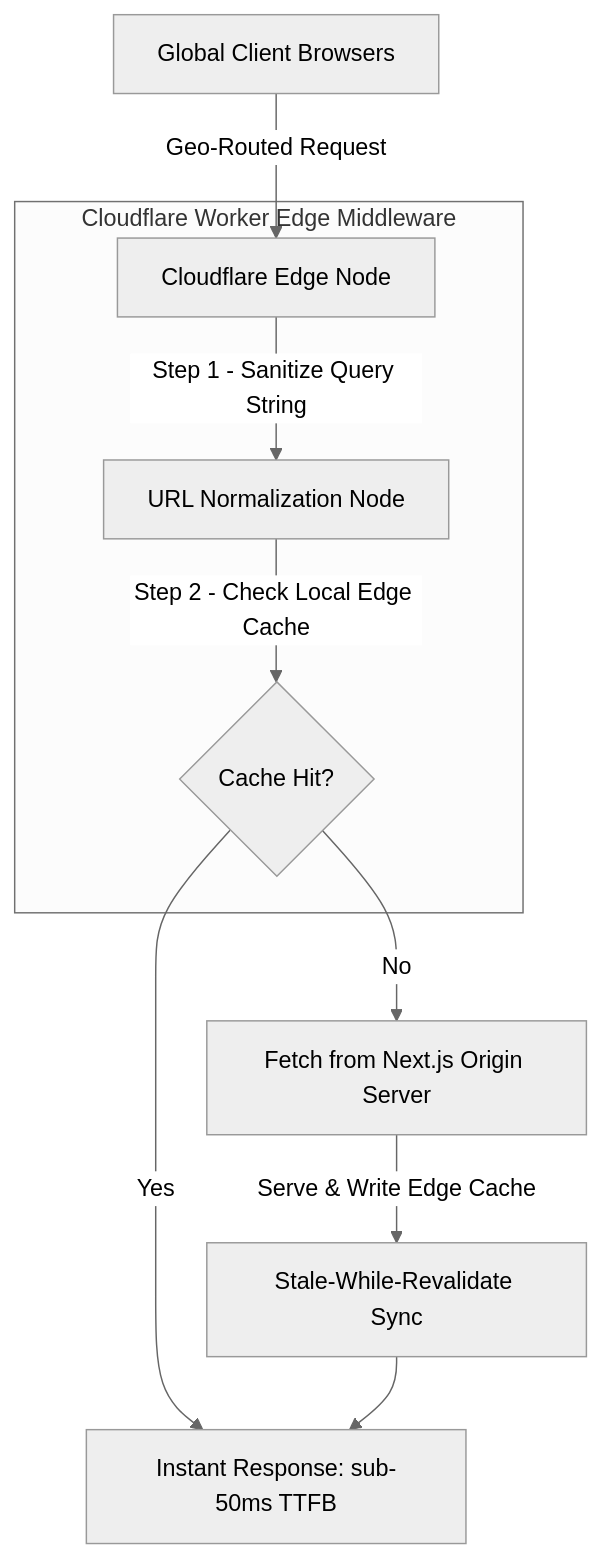
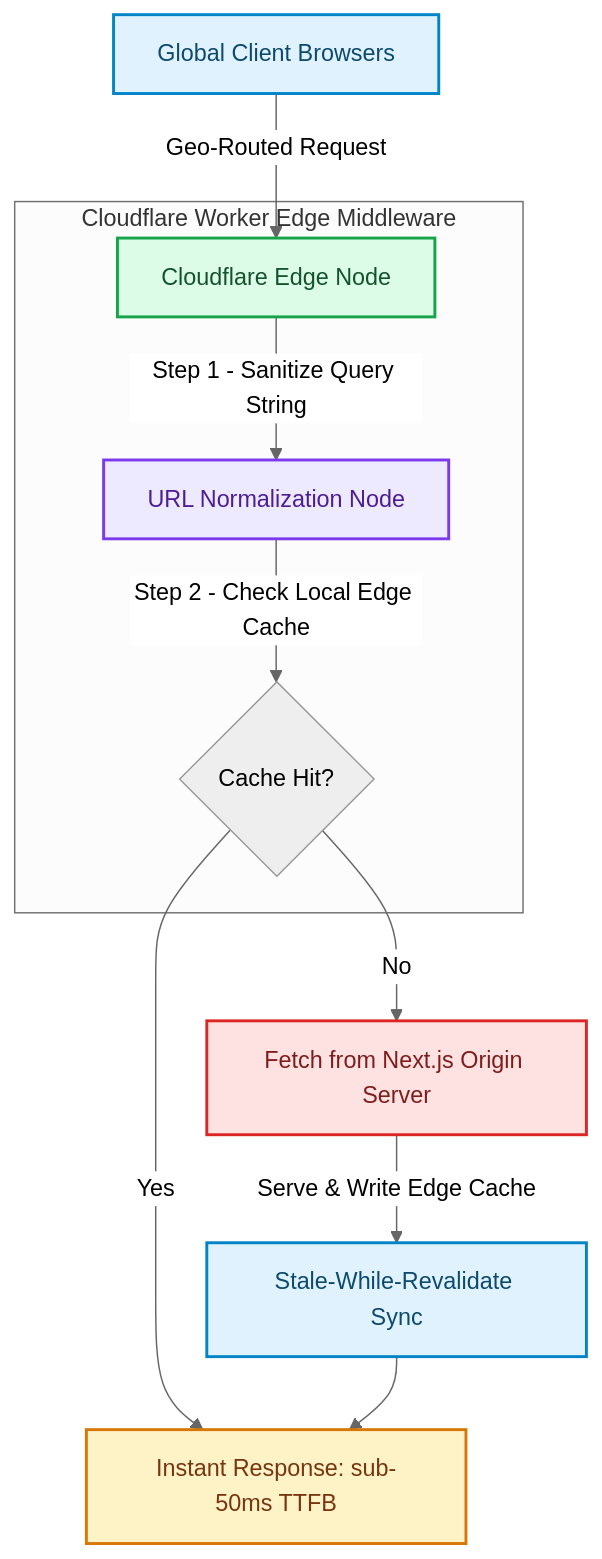
The diagram in blog/posts/case-study-ecommerce-global-edge-delivery-static-site-hydration.md (akmalkhaniub/akmalkhaniub.github.io), drawn with Mermaid (neutral theme) before and after one commit. The commit also changed other lines of this file and 1291 other files, not shown here.

First line of the commit message:
feat(catalog): unique covers, scholarly references, and diagram palettes

````diff
--- a/blog/posts/case-study-ecommerce-global-edge-delivery-static-site-hydration.md
+++ b/blog/posts/case-study-ecommerce-global-edge-delivery-static-site-hydration.md
@@ -38,15 +38,26 @@
 ```mermaid
 flowchart TD
-  A[Global Client Browsers] -->|Geo-Routed Request| B[Cloudflare Edge Node]
+  A["Global Client Browsers"] -->|Geo-Routed Request| B["Cloudflare Edge Node"]
   
   subgraph SG1_CloudflareWorkerEdge ["Cloudflare Worker Edge Middleware"]
-    B -->|Step 1 - Sanitize Query String| C[URL Normalization Node]
+    B -->|Step 1 - Sanitize Query String| C["URL Normalization Node"]
     C -->|Step 2 - Check Local Edge Cache| D{Cache Hit?}
   end
   
-  D -->|Yes| E[Instant Response: sub-50ms TTFB]
-  D -->|No| F[Fetch from Next.js Origin Server]
+  D -->|Yes| E["Instant Response: sub-50ms TTFB"]
+  D -->|No| F["Fetch from Next.js Origin Server"]
   
-  F -->|Serve & Write Edge Cache| G[Stale-While-Revalidate Sync]
+  F -->|Serve & Write Edge Cache| G["Stale-While-Revalidate Sync"]
   G --> E
+
+classDef green fill:#dcfce7,stroke:#16a34a,stroke-width:2px,color:#14532d;
+classDef red fill:#fee2e2,stroke:#dc2626,stroke-width:2px,color:#7f1d1d;
+classDef blue fill:#e0f2fe,stroke:#0284c7,stroke-width:2px,color:#0c4a6e;
+classDef yellow fill:#fef3c7,stroke:#d97706,stroke-width:2px,color:#78350f;
+classDef purple fill:#ede9fe,stroke:#7c3aed,stroke-width:2px,color:#4c1d95;
+class A,G blue
+class B green
+class C purple
+class E yellow
+class F red
 ```
````
